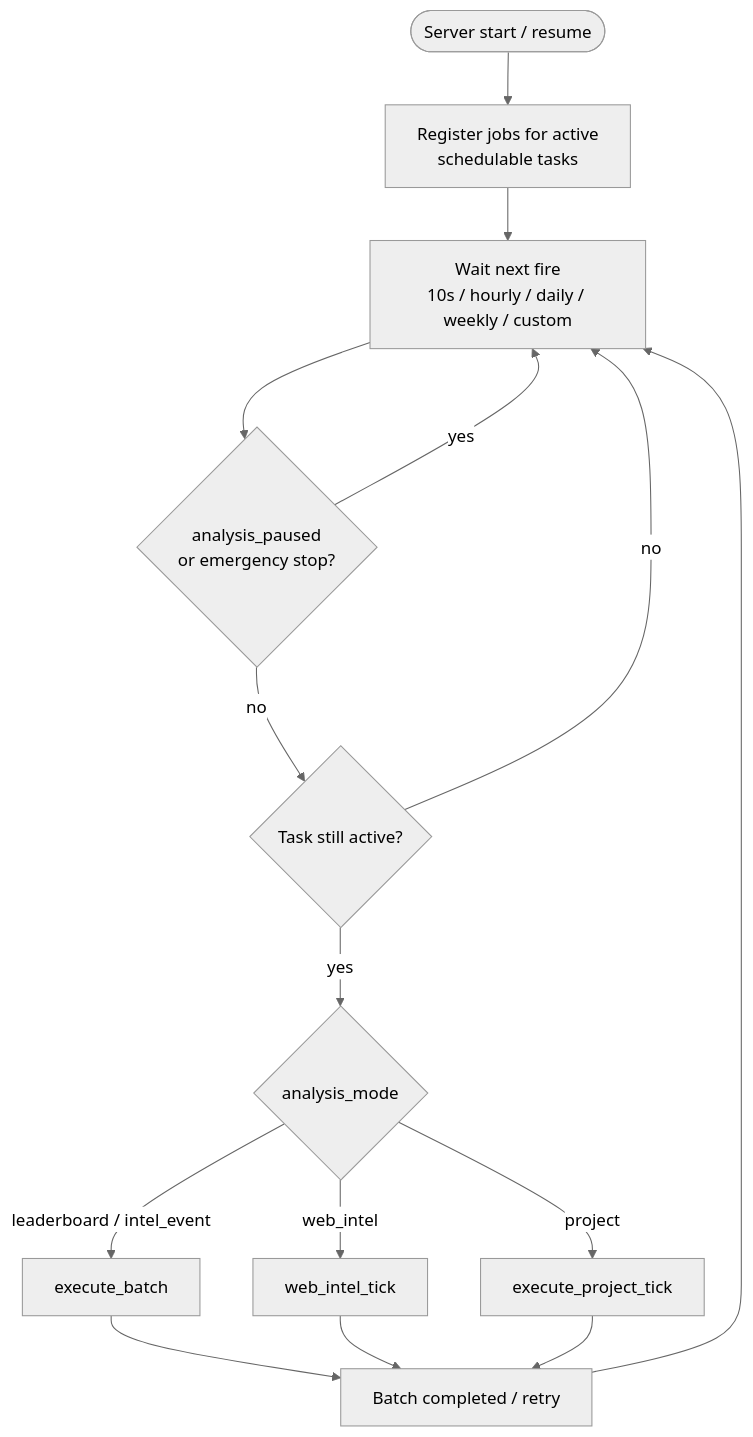
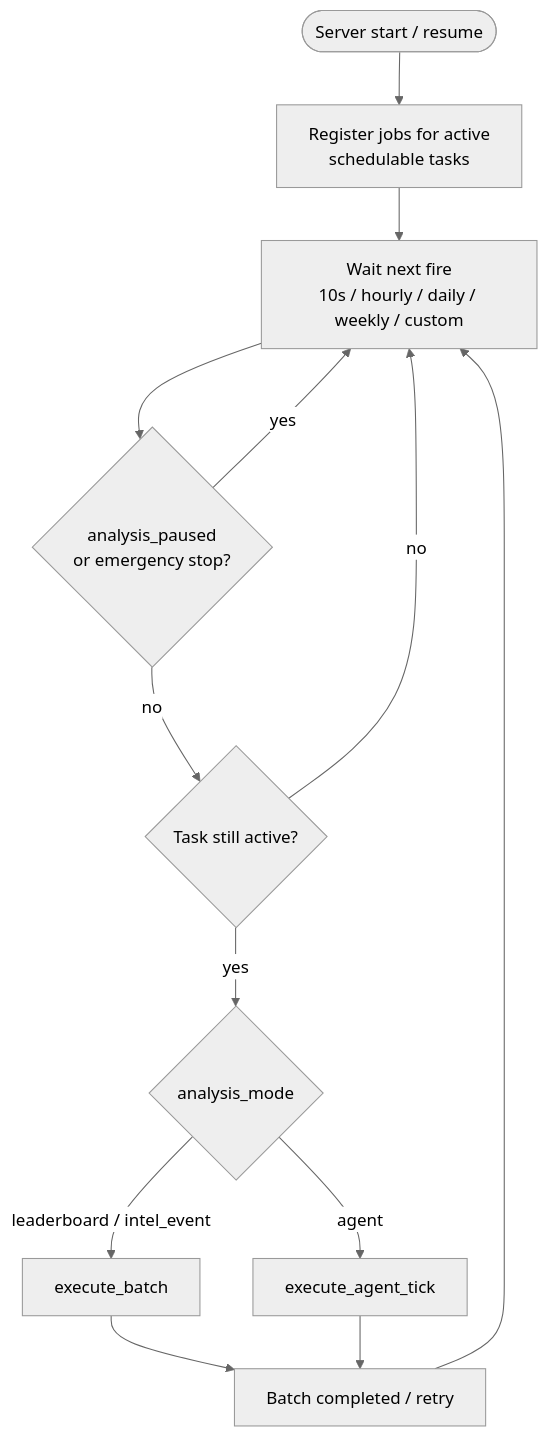
Before and after one commit to Wing9897/im: the third of 4 diagrams in docs/diagrams/README.md, drawn with Mermaid (neutral theme). The commit also changed other lines of this file and 236 other files, not shown here.

````diff
--- a/docs/diagrams/README.md
+++ b/docs/diagrams/README.md
@@ -96,17 +93,15 @@
 ```mermaid
 flowchart TB
   START([Server start / resume]) --> REG[Register jobs for active<br/>schedulable tasks]
   REG --> WAIT[Wait next fire<br/>10s / hourly / daily / weekly / custom]
   WAIT --> PAUSE{analysis_paused<br/>or emergency stop?}
   PAUSE -->|yes| WAIT
   PAUSE -->|no| ACTIVE{Task still active?}
   ACTIVE -->|no| WAIT
   ACTIVE -->|yes| MODE{analysis_mode}
   MODE -->|leaderboard / intel_event| BATCH[execute_batch]
-  MODE -->|web_intel| WEB[web_intel_tick]
-  MODE -->|project| TICK[execute_project_tick]
+  MODE -->|agent| TICK[execute_agent_tick]
   BATCH --> DONE[Batch completed / retry]
-  WEB --> DONE
   TICK --> DONE
   DONE --> WAIT
 ```
````
